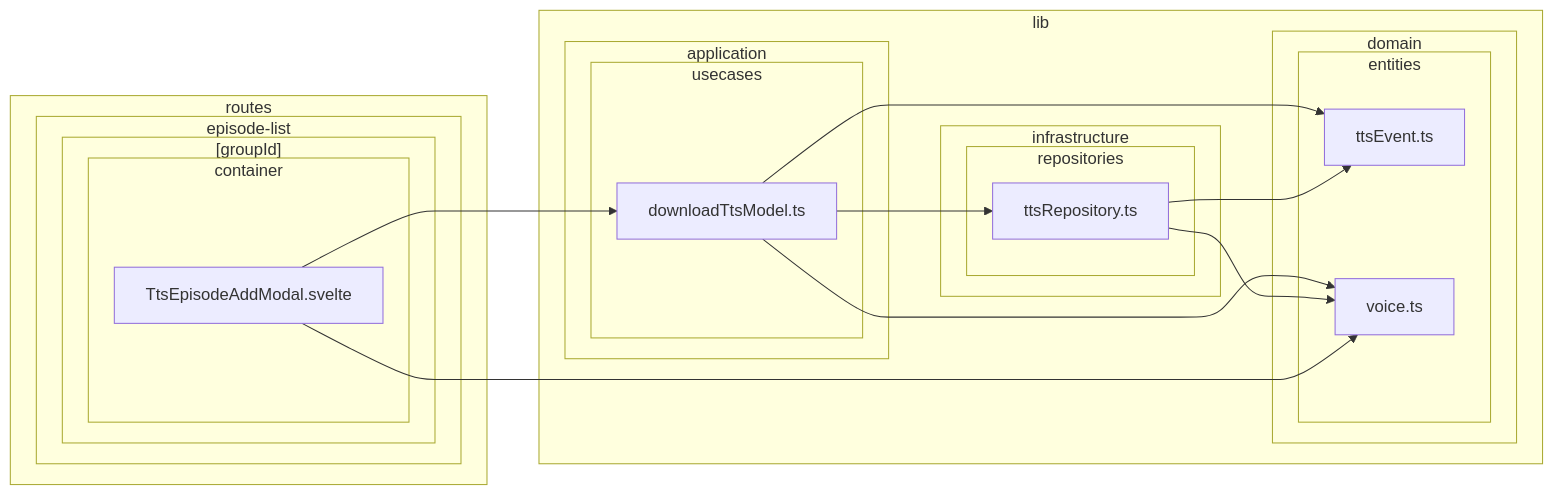
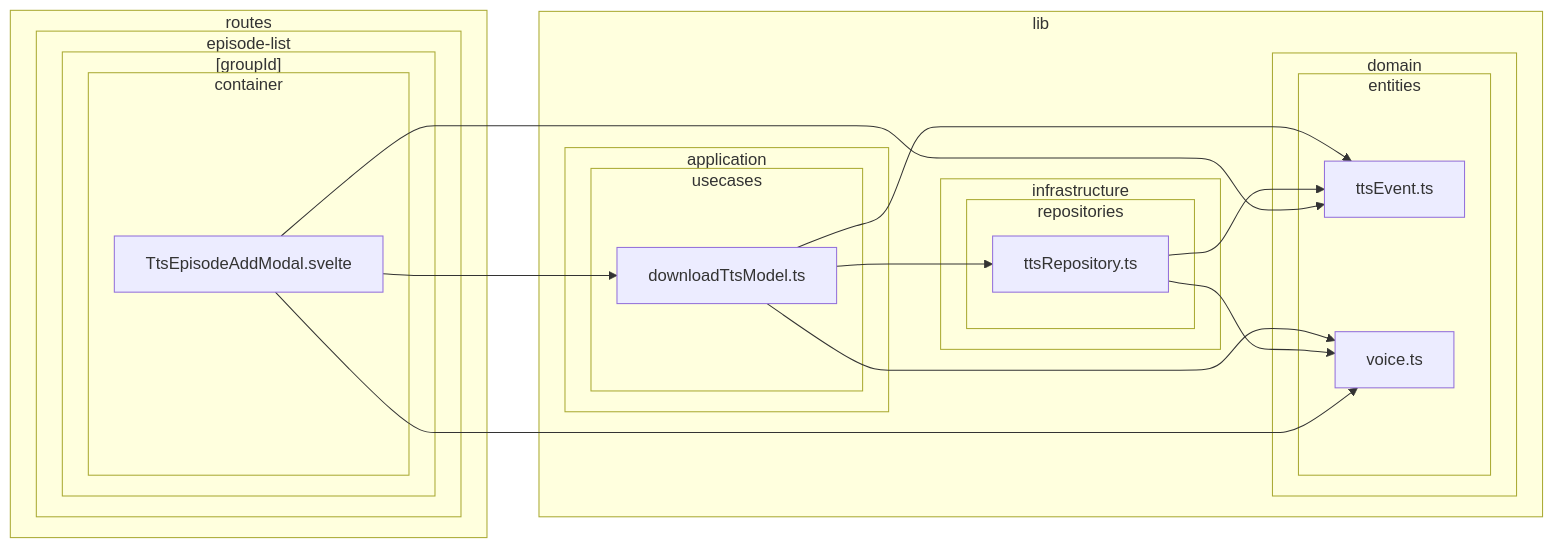
Diagram 12 of 38 in doc/dependency-graph.md (k5n/kotonoha), drawn with Mermaid before and after one commit. The commit also changed other lines of this file and 4 other files, not shown here.

Commit message:
refactor: Remove ttsDownloadStore and integrate download logic directly in TtsEpisodeAddModal

````diff
--- a/doc/dependency-graph.md
+++ b/doc/dependency-graph.md
@@ -545,37 +543,38 @@
 ```mermaid
 graph LR
         subgraph sg_lib ["lib"]
             subgraph sg_lib_application ["application"]
                 subgraph sg_lib_application_usecases ["usecases"]
                     src_lib_application_usecases_downloadTtsModel_ts["downloadTtsModel.ts"]
                 end
             end
             subgraph sg_lib_domain ["domain"]
                 subgraph sg_lib_domain_entities ["entities"]
                     src_lib_domain_entities_ttsEvent_ts["ttsEvent.ts"]
                     src_lib_domain_entities_voice_ts["voice.ts"]
                 end
             end
             subgraph sg_lib_infrastructure ["infrastructure"]
                 subgraph sg_lib_infrastructure_repositories ["repositories"]
                     src_lib_infrastructure_repositories_ttsRepository_ts["ttsRepository.ts"]
                 end
             end
         end
         subgraph sg_routes ["routes"]
             subgraph sg_routes_episode_list ["episode-list"]
                 subgraph sg_routes_episode_list__groupId_ ["[groupId]"]
                     subgraph sg_routes_episode_list__groupId__container ["container"]
                         src_routes_episode_list__groupId__container_TtsEpisodeAddModal_svelte["TtsEpisodeAddModal.svelte"]
                     end
                 end
             end
         end
     src_lib_application_usecases_downloadTtsModel_ts --> src_lib_domain_entities_ttsEvent_ts
     src_lib_application_usecases_downloadTtsModel_ts --> src_lib_domain_entities_voice_ts
     src_lib_application_usecases_downloadTtsModel_ts --> src_lib_infrastructure_repositories_ttsRepository_ts
     src_lib_infrastructure_repositories_ttsRepository_ts --> src_lib_domain_entities_ttsEvent_ts
     src_lib_infrastructure_repositories_ttsRepository_ts --> src_lib_domain_entities_voice_ts
     src_routes_episode_list__groupId__container_TtsEpisodeAddModal_svelte --> src_lib_application_usecases_downloadTtsModel_ts
+    src_routes_episode_list__groupId__container_TtsEpisodeAddModal_svelte --> src_lib_domain_entities_ttsEvent_ts
     src_routes_episode_list__groupId__container_TtsEpisodeAddModal_svelte --> src_lib_domain_entities_voice_ts
 ```
````
